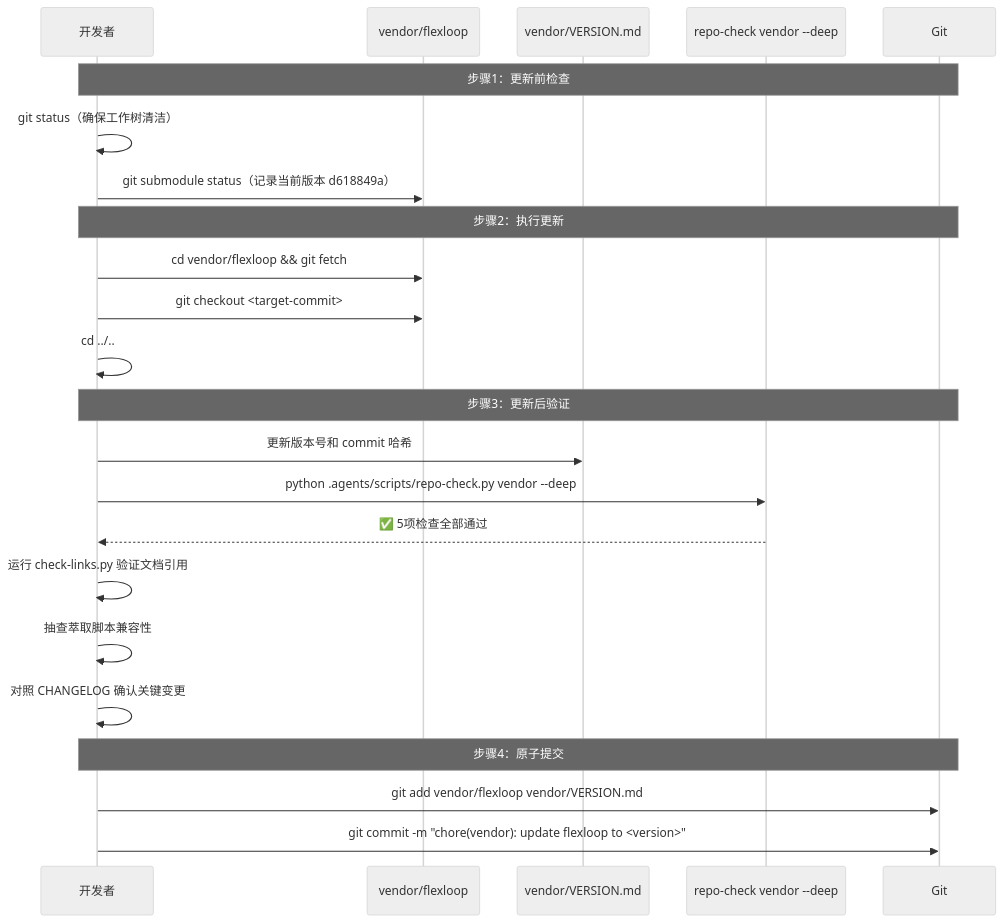
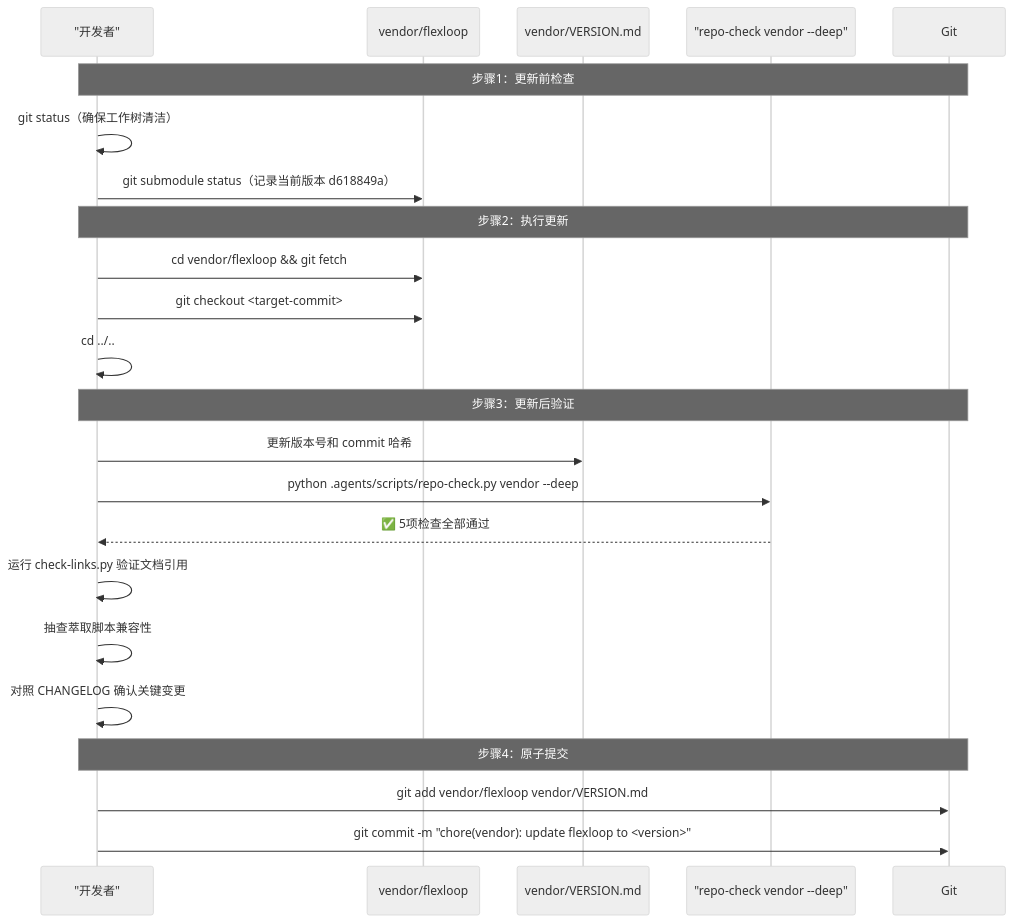
One commit to xinetzone/SpecWeave changed the third of 4 diagrams in docs/knowledge/operations/vendor-flexloop-integration-guide.md. Above: the diagram before and after it, drawn with Mermaid (neutral theme). The commit also changed other lines of this file and 11 other files, not shown here.

First line of the commit message:
docs(retrospective): Mermaid 渲染回归复盘与治理闭环

````diff
--- a/docs/knowledge/operations/vendor-flexloop-integration-guide.md
+++ b/docs/knowledge/operations/vendor-flexloop-integration-guide.md
@@ -140,29 +134,25 @@
 ```mermaid
 sequenceDiagram
-    participant D as 开发者
+    participant D as "开发者"
     participant FL as vendor/flexloop
     participant VER as vendor/VERSION.md
-    participant V as repo-check vendor --deep
+    participant V as "repo-check vendor --deep"
     participant Git as Git
-
     Note over D,Git: 步骤1：更新前检查
     D->>D: git status（确保工作树清洁）
     D->>FL: git submodule status（记录当前版本 d618849a）
-
     Note over D,Git: 步骤2：执行更新
     D->>FL: cd vendor/flexloop && git fetch
     D->>FL: git checkout <target-commit>
     D->>D: cd ../..
-
     Note over D,Git: 步骤3：更新后验证
     D->>VER: 更新版本号和 commit 哈希
     D->>V: python .agents/scripts/repo-check.py vendor --deep
     V-->>D: ✅ 5项检查全部通过
     D->>D: 运行 check-links.py 验证文档引用
     D->>D: 抽查萃取脚本兼容性
     D->>D: 对照 CHANGELOG 确认关键变更
-
     Note over D,Git: 步骤4：原子提交
     D->>Git: git add vendor/flexloop vendor/VERSION.md
     D->>Git: git commit -m "chore(vendor): update flexloop to <version>"
 ```
````
